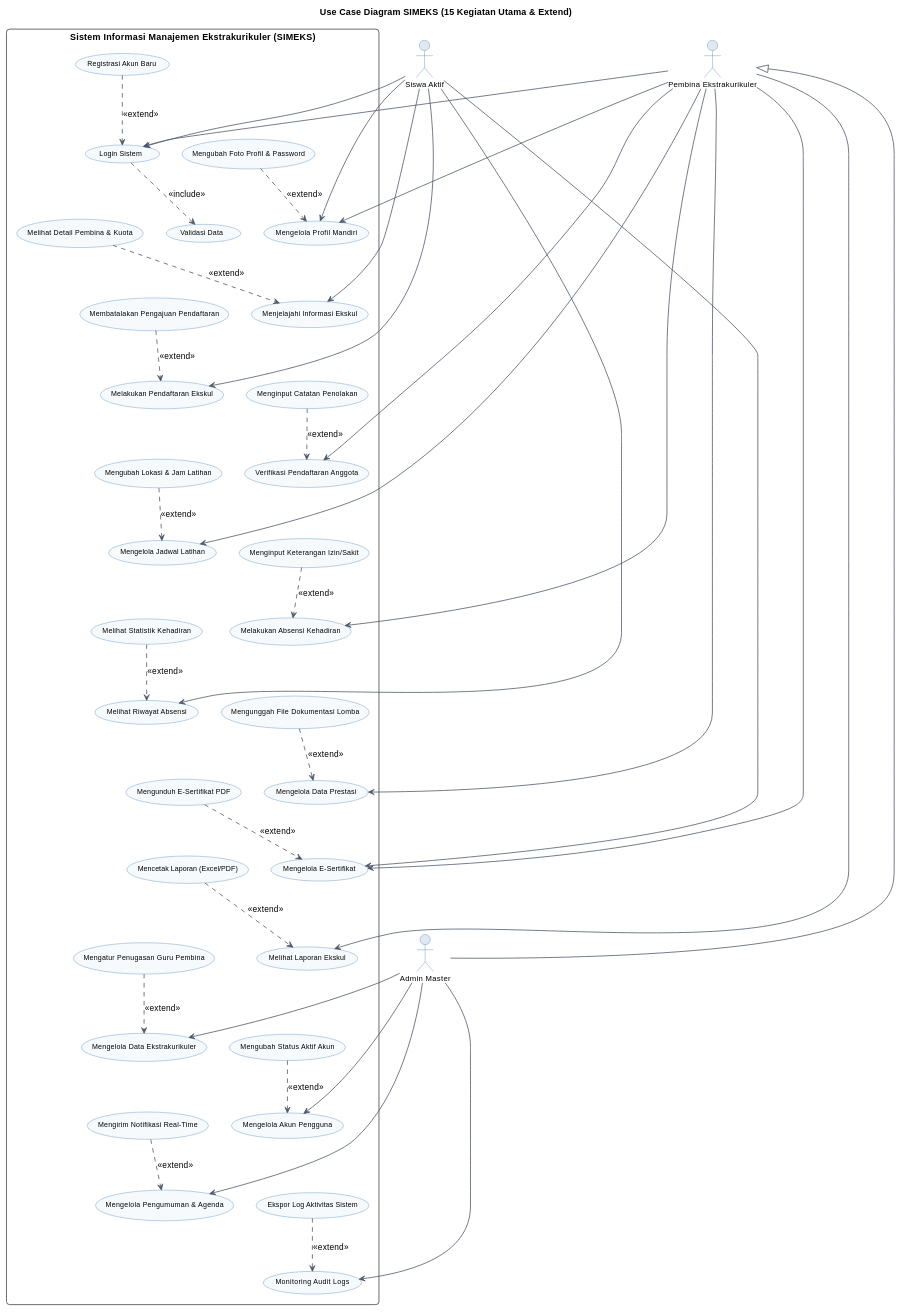
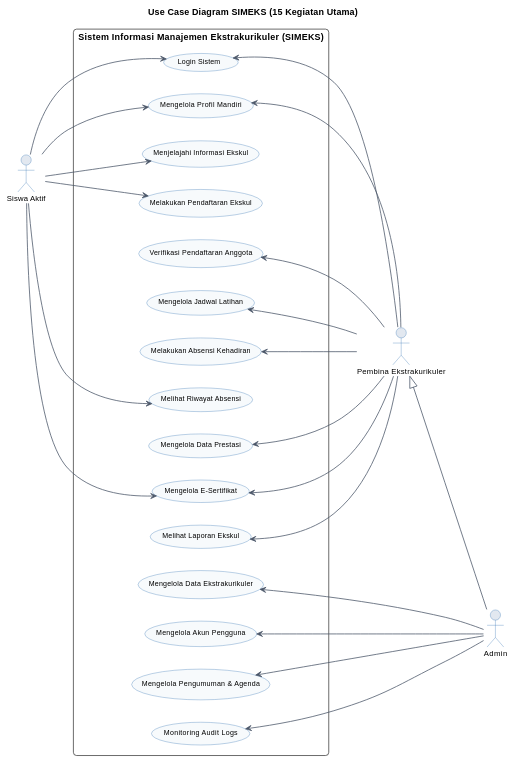
One commit to Darmanto212/SIMEKS changed the diagram in use_case_simeks.md. Above: the diagram before and after it, drawn with PlantUML. The commit also changed other lines of this file and 20 other files, not shown here.

Commit message:
update: sesuaikan pengaturan keamanan autentikasi dan perbarui diagram use case

````diff
--- a/use_case_simeks.md
+++ b/use_case_simeks.md
@@ -94,6 +94,7 @@
 ```plantuml
 @startuml
-' Arah tata letak diatur vertikal secara default
+' Arah tata letak diatur horizontal (aktor di samping)
+left to right direction
 skinparam packageStyle rectangle
 skinparam roundcorner 10
 skinparam shadowing false
@@ -108,101 +109,39 @@
 skinparam UseCaseBackgroundColor #F7FAFC
 skinparam UseCaseFontSize 11
 
-title Use Case Diagram SIMEKS (15 Kegiatan Utama & Extend)
+title Use Case Diagram SIMEKS (15 Kegiatan Utama)
 
 ' Aktor
-actor "Admin Master" as admin
+actor "Siswa Aktif" as siswa
 actor "Pembina Ekstrakurikuler" as pembina
-actor "Siswa Aktif" as siswa
+actor "Admin" as admin
 
 ' Pewarisan hak akses (Admin mewarisi hak Pembina)
 pembina <|-- admin
 
 rectangle "Sistem Informasi Manajemen Ekstrakurikuler (SIMEKS)" {
   
-  ' --- 15 Use Case Utama & Pasangan Extend-nya ---
-  
-  ' 1. Login
+  ' 15 Use Case Utama
   usecase "Login Sistem" as UC_Login
-  usecase "Registrasi Akun Baru" as UC_Register
-  usecase "Validasi Data" as UC_Validasi
-  UC_Register ..> UC_Login : <<extend>>
-  UC_Login ..> UC_Validasi : <<include>>
-  
-  ' 2. Profil
   usecase "Mengelola Profil Mandiri" as UC_Profil
-  usecase "Mengubah Foto Profil & Password" as UC_EditProfil
-  UC_EditProfil ..> UC_Profil : <<extend>>
-  
-  ' 3. Jelajah Ekskul
   usecase "Menjelajahi Informasi Ekskul" as UC_JelajahEskul
-  usecase "Melihat Detail Pembina & Kuota" as UC_DetailEskul
-  UC_DetailEskul ..> UC_JelajahEskul : <<extend>>
-  
-  ' 4. Daftar Ekskul
   usecase "Melakukan Pendaftaran Ekskul" as UC_DaftarEskul
-  usecase "Membatalakan Pengajuan Pendaftaran" as UC_BatalDaftar
-  UC_BatalDaftar ..> UC_DaftarEskul : <<extend>>
-  
-  ' 5. Verifikasi
   usecase "Verifikasi Pendaftaran Anggota" as UC_Verifikasi
-  usecase "Menginput Catatan Penolakan" as UC_TolakCatatan
-  UC_TolakCatatan ..> UC_Verifikasi : <<extend>>
-  
-  ' 6. Jadwal
   usecase "Mengelola Jadwal Latihan" as UC_Jadwal
-  usecase "Mengubah Lokasi & Jam Latihan" as UC_EditJadwal
-  UC_EditJadwal ..> UC_Jadwal : <<extend>>
-  
-  ' 7. Absensi
   usecase "Melakukan Absensi Kehadiran" as UC_Absen
-  usecase "Menginput Keterangan Izin/Sakit" as UC_KeteranganAbsen
-  UC_KeteranganAbsen ..> UC_Absen : <<extend>>
-  
-  ' 8. Riwayat Absen Siswa
   usecase "Melihat Riwayat Absensi" as UC_RiwayatAbsen
-  usecase "Melihat Statistik Kehadiran" as UC_StatistikAbsen
-  UC_StatistikAbsen ..> UC_RiwayatAbsen : <<extend>>
-  
-  ' 9. Prestasi
   usecase "Mengelola Data Prestasi" as UC_Prestasi
-  usecase "Mengunggah File Dokumentasi Lomba" as UC_UploadDokumentasi
-  UC_UploadDokumentasi ..> UC_Prestasi : <<extend>>
-  
-  ' 10. Sertifikat
   usecase "Mengelola E-Sertifikat" as UC_Sertifikat
-  usecase "Mengunduh E-Sertifikat PDF" as UC_UnduhSertifikat
-  UC_UnduhSertifikat ..> UC_Sertifikat : <<extend>>
-  
-  ' 11. Laporan
   usecase "Melihat Laporan Ekskul" as UC_Laporan
-  usecase "Mencetak Laporan (Excel/PDF)" as UC_CetakLaporan
-  UC_CetakLaporan ..> UC_Laporan : <<extend>>
-  
-  ' 12. CRUD Ekskul Admin
   usecase "Mengelola Data Ekstrakurikuler" as UC_CRUDEskul
-  usecase "Mengatur Penugasan Guru Pembina" as UC_TugasPembina
-  UC_TugasPembina ..> UC_CRUDEskul : <<extend>>
-  
-  ' 13. CRUD Pengguna Admin
   usecase "Mengelola Akun Pengguna" as UC_CRUDUser
-  usecase "Mengubah Status Aktif Akun" as UC_StatusAkun
-  UC_StatusAkun ..> UC_CRUDUser : <<extend>>
-  
-  ' 14. CRUD Pengumuman Admin
   usecase "Mengelola Pengumuman & Agenda" as UC_CRUDPengumuman
-  usecase "Mengirim Notifikasi Real-Time" as UC_Notifikasi
-  UC_Notifikasi ..> UC_CRUDPengumuman : <<extend>>
-  
-  ' 15. Audit Logs Admin
   usecase "Monitoring Audit Logs" as UC_Logs
-  usecase "Ekspor Log Aktivitas Sistem" as UC_EksporLogs
-  UC_EksporLogs ..> UC_Logs : <<extend>>
 }
 
 ' --- Asosiasi Aktor ke Use Case Utama ---
 
-' Siswa Aktif
+' Siswa Aktif (Kiri)
 siswa --> UC_Login
 siswa --> UC_Profil
 siswa --> UC_JelajahEskul
@@ -210,37 +149,20 @@
 siswa --> UC_RiwayatAbsen
 siswa --> UC_Sertifikat
 
-' Pembina Ekstrakurikuler
-pembina --> UC_Login
-pembina --> UC_Profil
-pembina --> UC_Verifikasi
-pembina --> UC_Jadwal
-pembina --> UC_Absen
-pembina --> UC_Prestasi
-pembina --> UC_Laporan
-pembina --> UC_Sertifikat
+' Pembina Ekstrakurikuler (Kanan)
+UC_Login <-- pembina
+UC_Profil <-- pembina
+UC_Verifikasi <-- pembina
+UC_Jadwal <-- pembina
+UC_Absen <-- pembina
+UC_Prestasi <-- pembina
+UC_Laporan <-- pembina
+UC_Sertifikat <-- pembina
 
-' Admin Master
-admin --> UC_CRUDEskul
-admin --> UC_CRUDUser
-admin --> UC_CRUDPengumuman
-admin --> UC_Logs
-
-' Pengaturan susunan vertikal
-UC_Login -[hidden]down-> UC_Profil
-UC_Profil -[hidden]down-> UC_JelajahEskul
-UC_JelajahEskul -[hidden]down-> UC_DaftarEskul
-UC_DaftarEskul -[hidden]down-> UC_Verifikasi
-UC_Verifikasi -[hidden]down-> UC_Jadwal
-UC_Jadwal -[hidden]down-> UC_Absen
-UC_Absen -[hidden]down-> UC_RiwayatAbsen
-UC_RiwayatAbsen -[hidden]down-> UC_Prestasi
-UC_Prestasi -[hidden]down-> UC_Sertifikat
-UC_Sertifikat -[hidden]down-> UC_Laporan
-UC_Laporan -[hidden]down-> UC_CRUDEskul
-UC_CRUDEskul -[hidden]down-> UC_CRUDUser
-UC_CRUDUser -[hidden]down-> UC_CRUDPengumuman
-UC_CRUDPengumuman -[hidden]down-> UC_Logs
-
+' Admin (Kanan)
+UC_CRUDEskul <-- admin
+UC_CRUDUser <-- admin
+UC_CRUDPengumuman <-- admin
+UC_Logs <-- admin
 @enduml
 ```
````
